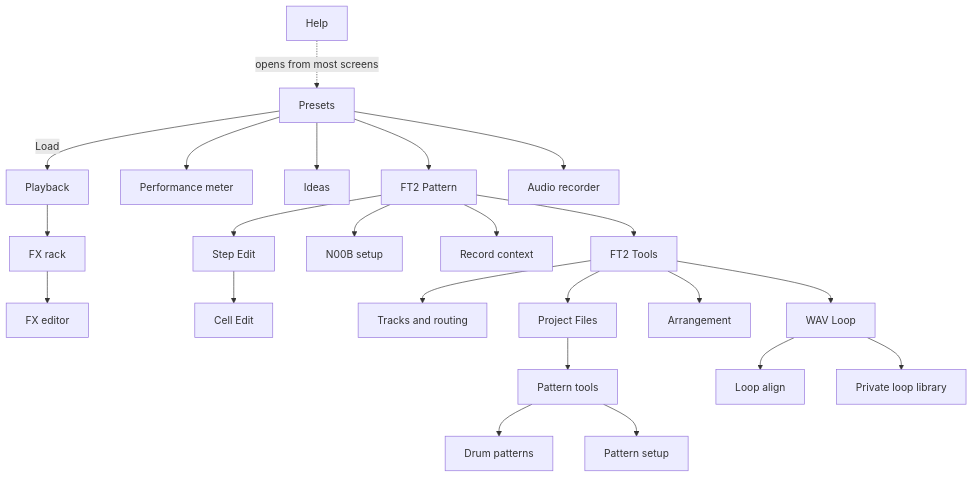
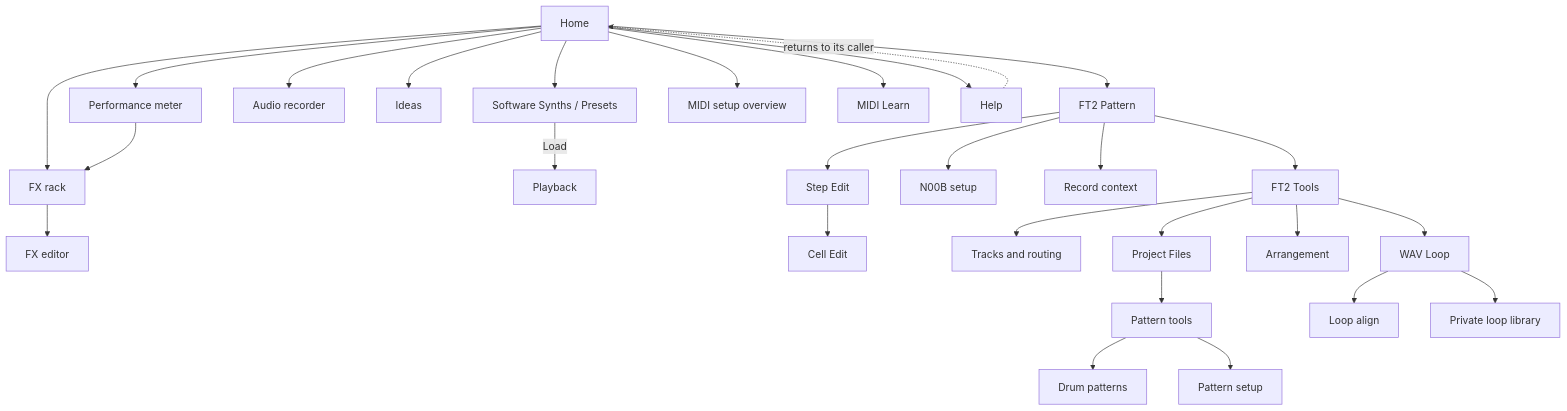
Before and after one commit to PaolaShultz/shr-daw: the diagram in docs/MENU_MANUAL.md, drawn with Mermaid. The commit also changed other lines of this file and 10 other files, not shown here.

````diff
--- a/docs/MENU_MANUAL.md
+++ b/docs/MENU_MANUAL.md
@@ -46,25 +50,30 @@
 ```mermaid
 flowchart TD
-    P[Presets] -->|Load| PB[Playback]
-    P --> M[Performance meter]
-    P --> I[Ideas]
-    P --> T[FT2 Pattern]
-    P --> A[Audio recorder]
-    PB --> FX[FX rack]
+    H0[Home] --> P[Software Synths / Presets]
+    H0 --> T[FT2 Pattern]
+    H0 --> A[Audio recorder]
+    H0 --> I[Ideas]
+    H0 --> M[Performance meter]
+    H0 --> FX[FX rack]
+    H0 --> MS[MIDI setup overview]
+    H0 --> ML[MIDI Learn]
+    H0 --> H[Help]
+    P -->|Load| PB[Playback]
+    M --> FX
     FX --> FE[FX editor]
     T --> TT[FT2 Tools]
     T --> N[N00B setup]
     T --> R[Record context]
     T --> E[Step Edit]
     E --> CE[Cell Edit]
     TT --> TR[Tracks and routing]
     TT --> F[Project Files]
     TT --> AR[Arrangement]
     TT --> L[WAV Loop]
     F --> PT[Pattern tools]
     PT --> D[Drum patterns]
     PT --> PS[Pattern setup]
     L --> LA[Loop align]
     L --> LL[Private loop library]
-    H[Help] -. opens from most screens .-> P
+    H -. returns to its caller .-> H0
 ```
````
